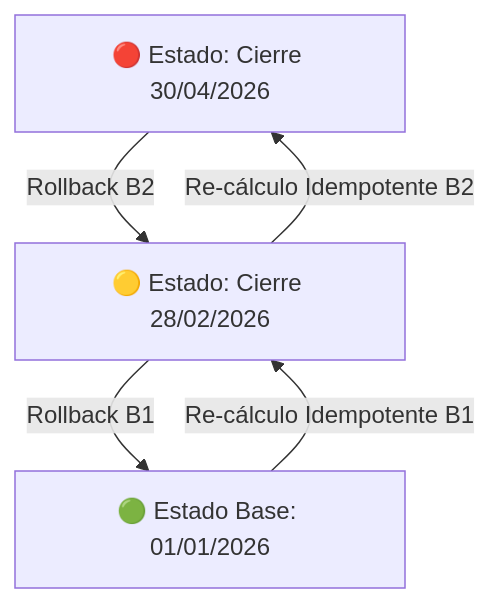
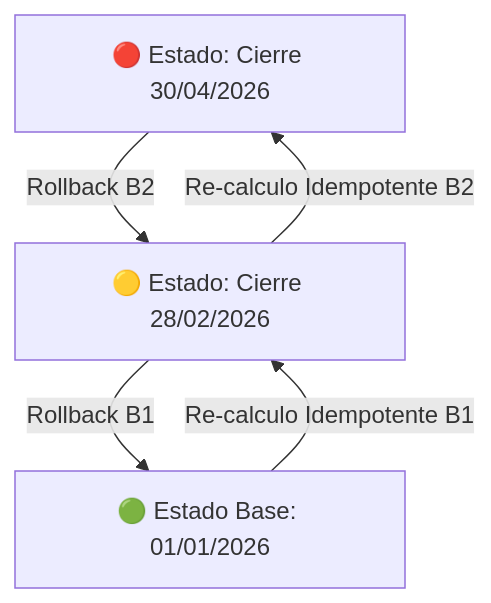
The second of 2 diagrams in Obsidian/Inandes.Inversionistas.React/Backend/Plan_QC_FINAL-CERTIFICADOS_ROLLBACK.md (RichGutz/Inandes.ERP.React), drawn with Mermaid before and after one commit. The commit also changed other lines of this file and 1 other file, not shown here.

````diff
--- a/Obsidian/Inandes.Inversionistas.React/Backend/Plan_QC_FINAL-CERTIFICADOS_ROLLBACK.md
+++ b/Obsidian/Inandes.Inversionistas.React/Backend/Plan_QC_FINAL-CERTIFICADOS_ROLLBACK.md
@@ -48,7 +103,7 @@
 ```mermaid
 graph TD
     A[🔴 Estado: Cierre 30/04/2026] -->|Rollback B2| B[🟡 Estado: Cierre 28/02/2026]
     B -->|Rollback B1| C[🟢 Estado Base: 01/01/2026]
-    C -->|Re-cálculo Idempotente B1| B
-    B -->|Re-cálculo Idempotente B2| A
+    C -->|Re-calculo Idempotente B1| B
+    B -->|Re-calculo Idempotente B2| A
 ```
````
